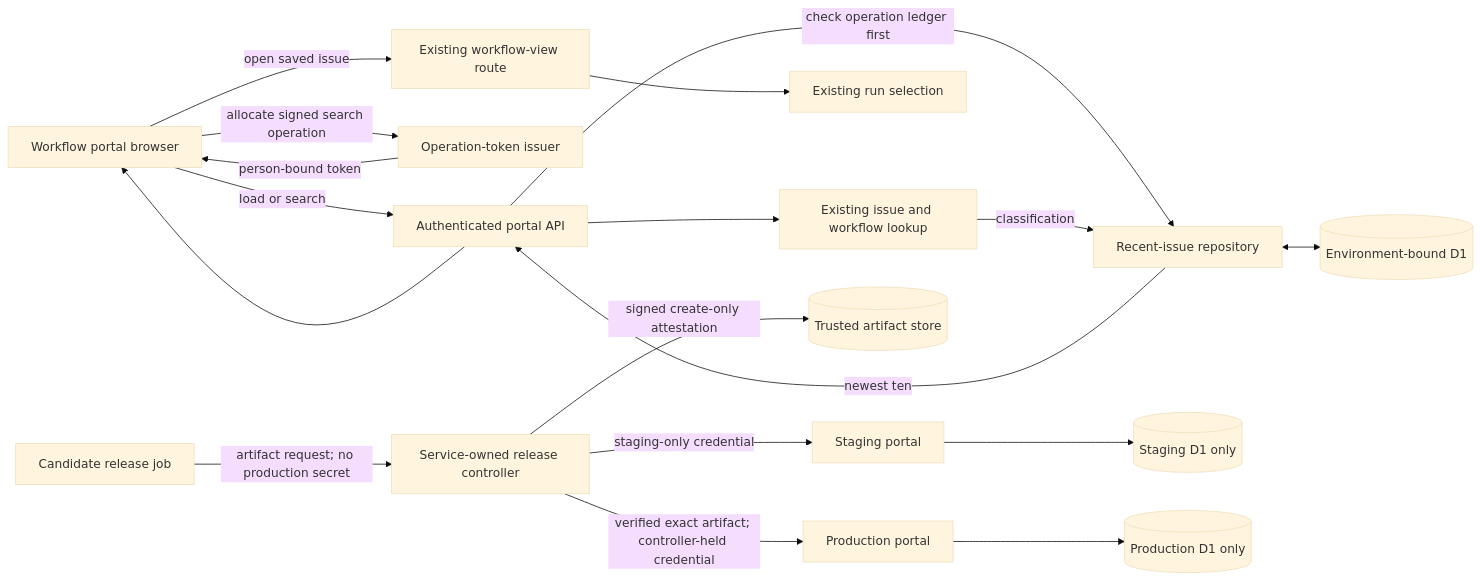
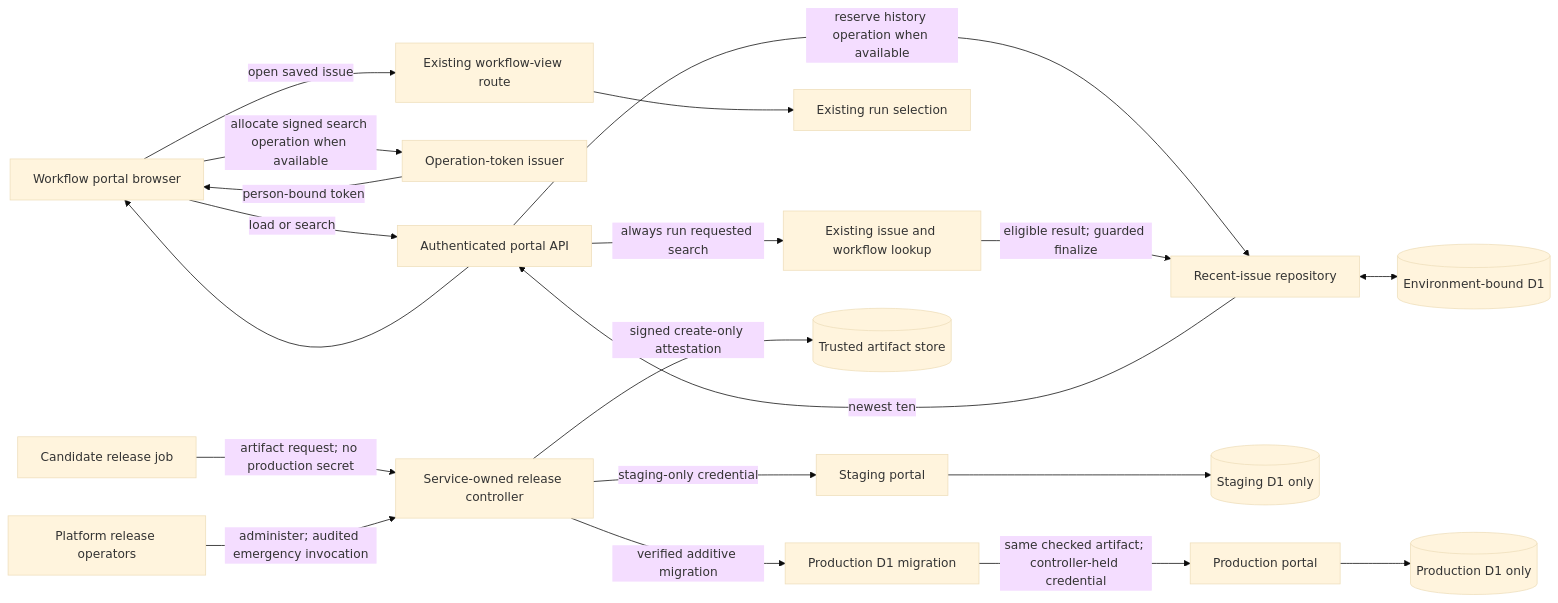
Before and after one commit to sachinkundu/deos: the diagram in openspec/changes/sac-161/design.md, drawn with Mermaid (base theme). The commit also changed other lines of this file, not shown here.

Commit message:
DEOS planning manifest workflow:2a653831-c1ec-4db7-972a-d0d08ac0a3d8:096ce85d-9c56-4faa-ad74-ef8055bafc91:run:1:system_action:publish_design_response:github.publish_design_candidate:d576b258487cac859a6bda538a8fef474286a2246a917d59946095b40392db0a:15

````diff
--- a/openspec/changes/sac-161/design.md
+++ b/openspec/changes/sac-161/design.md
@@ -20,30 +20,32 @@
 ```mermaid
 flowchart LR
     B[Workflow portal browser]
     A[Authenticated portal API]
     O[Operation-token issuer]
     E[Existing issue and workflow lookup]
     H[Recent-issue repository]
     D[(Environment-bound D1)]
     V[Existing workflow-view route]
     R[Existing run selection]
 
-    B -->|allocate signed search operation| O
+    B -->|allocate signed search operation when available| O
     O -->|person-bound token| B
     B -->|load or search| A
-    A -->|check operation ledger first| H
-    A --> E
-    E -->|classification| H
+    A -->|reserve history operation when available| H
+    A -->|always run requested search| E
+    E -->|eligible result; guarded finalize| H
     H <--> D
     H -->|newest ten| A
     A --> B
     B -->|open saved issue| V
     V --> R
 
     CI[Candidate release job] -->|artifact request; no production secret| C[Service-owned release controller]
     C -->|staging-only credential| ST[Staging portal]
     ST --> SD[(Staging D1 only)]
     C -->|signed create-only attestation| AR[(Trusted artifact store)]
-    C -->|verified exact artifact; controller-held credential| PR[Production portal]
+    C -->|verified additive migration| PM[Production D1 migration]
+    PM -->|same checked artifact; controller-held credential| PR[Production portal]
     PR --> PD[(Production D1 only)]
+    PO[Platform release operators] -->|administer; audited emergency invocation| C
 ```
````
